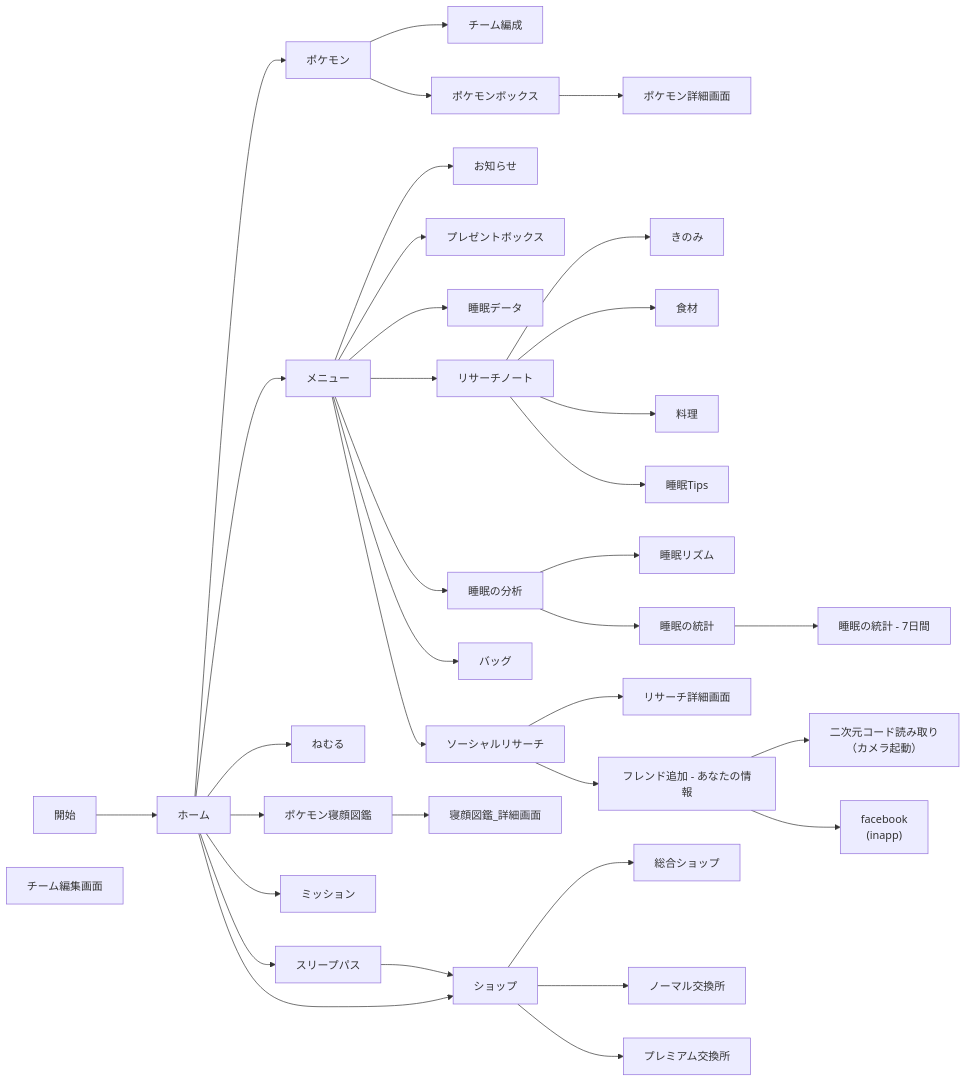
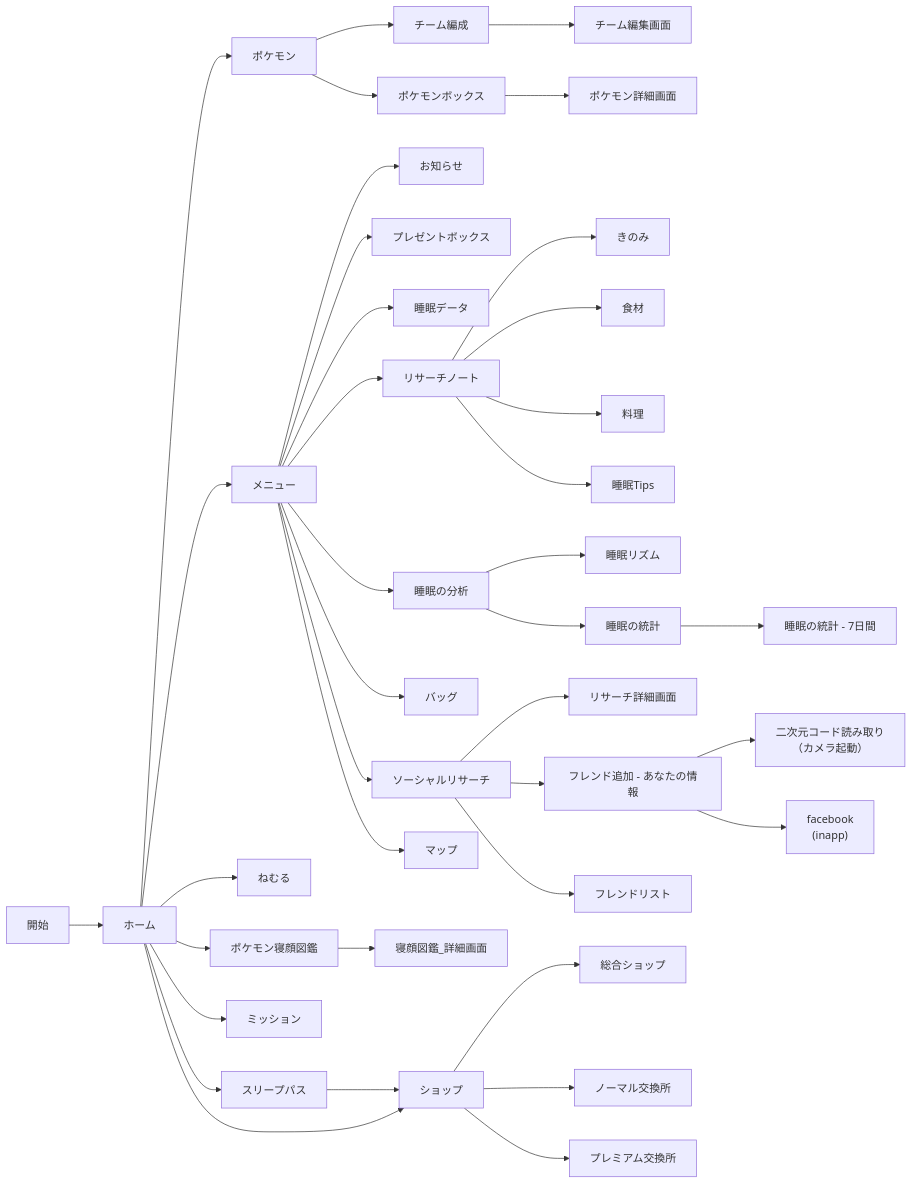
Before and after one commit to mrsmsn/poke-sleep-docs: the diagram in en/screen_flow.md, drawn with Mermaid. The commit also changed 1 other file, not shown here.

Commit message:
Update flow (#1)
* update

* Update

* remove comment

* update

```diff
--- a/en/screen_flow.md
+++ b/en/screen_flow.md
@@ -32,6 +32,8 @@
     add_friend[フレンド追加 - あなたの情報]
       read_qr["二次元コード読み取り\n（カメラ起動）"]
       facebook["facebook\n(inapp)"]
+    list_friend[フレンドリスト]
+  maps[マップ]
 
   %% slp_pokedex[ポケモン寝顔図鑑]
   
@@ -53,6 +55,7 @@
 
 home --> pokemon
  pokemon --> p_team
+   p_team --> edit_team
  pokemon --> p_box
   p_box --> p_detail
 
@@ -73,10 +76,10 @@
  menu --> social_research
   social_research --> detail_research
   social_research --> add_friend 
-  add_friend --> read_qr
-  add_friend --> facebook
-
-%% TODO:メニュー数が多すぎて途中
+  social_research --> list_friend
+    add_friend --> read_qr
+    add_friend --> facebook
+ menu --> maps
 
 home --> sleep
 home --> mission
```
